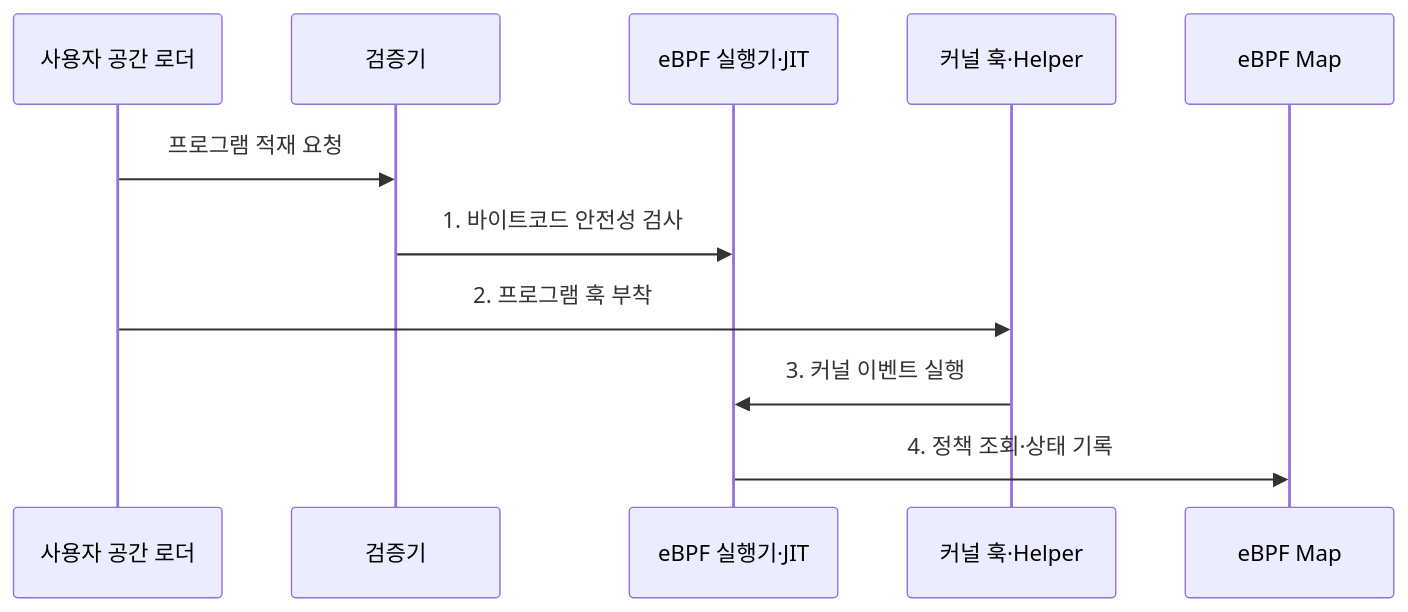
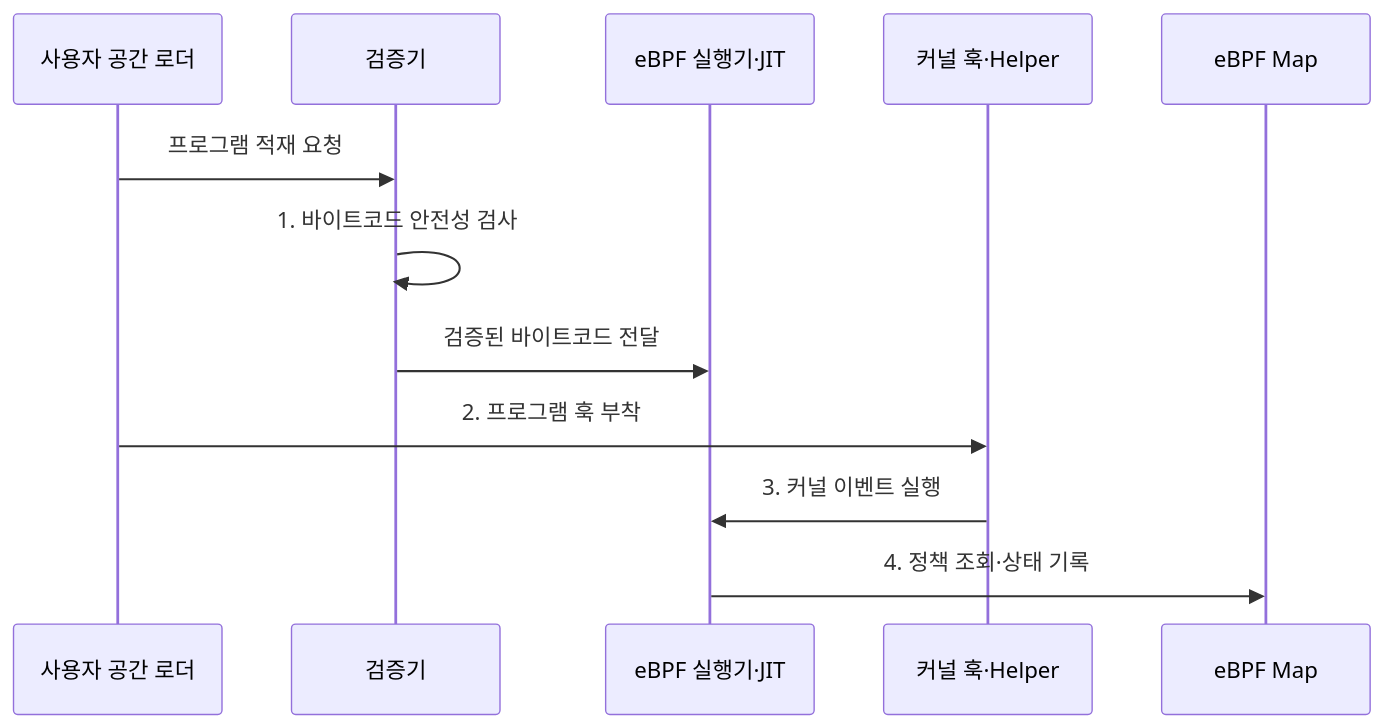
Before and after one commit to agnusdei1207/knowledge-base: the second of 2 diagrams in src/content/docs/notes/08-latest-tech/165_ebpf.md, drawn with Mermaid. The commit also changed other lines of this file and 9 other files, not shown here.

````diff
--- a/src/content/docs/notes/08-latest-tech/165_ebpf.md
+++ b/src/content/docs/notes/08-latest-tech/165_ebpf.md
@@ -76,13 +76,14 @@
 ```mermaid
 sequenceDiagram
   participant L as 사용자 공간 로더
   participant V as 검증기
   participant R as eBPF 실행기·JIT
   participant H as 커널 훅·Helper
   participant M as eBPF Map
   L->>V: 프로그램 적재 요청
-  V->>R: 1. 바이트코드 안전성 검사
+  V->>V: 1. 바이트코드 안전성 검사
+  V->>R: 검증된 바이트코드 전달
   L->>H: 2. 프로그램 훅 부착
   H->>R: 3. 커널 이벤트 실행
   R->>M: 4. 정책 조회·상태 기록
 ```
````
